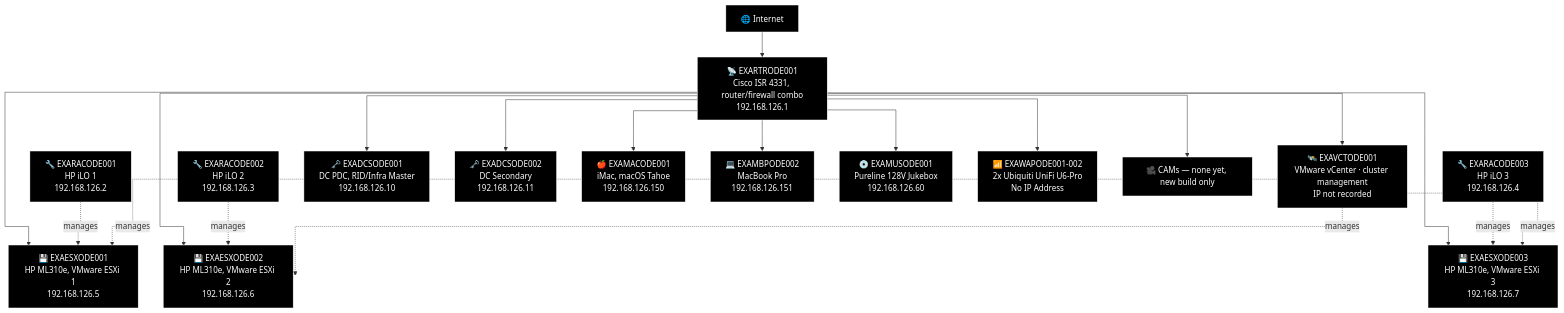
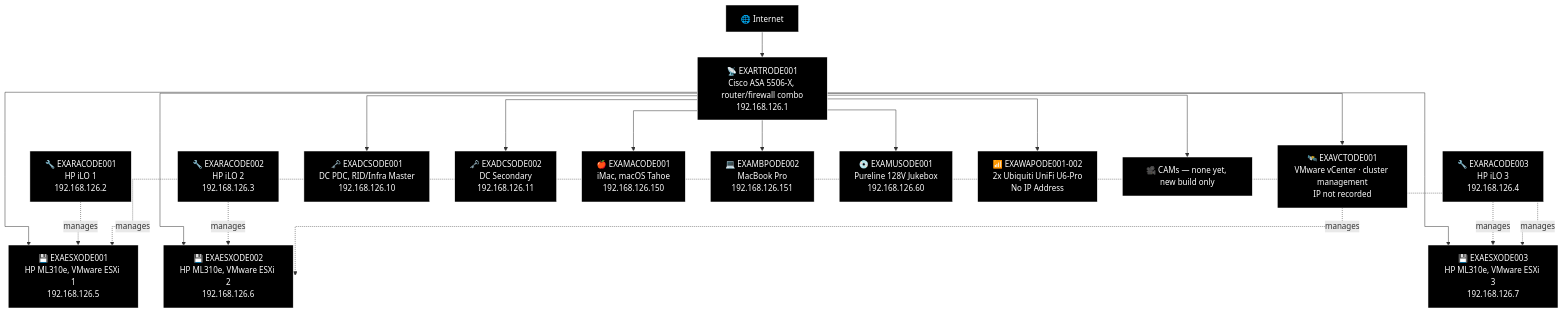
The fourth of 23 diagrams in docs/network-diagram/danmark.md (knightmare2600/example_music_infra), drawn with Mermaid before and after one commit. The commit also changed 5 other files, not shown here.

````diff
--- a/docs/network-diagram/danmark.md
+++ b/docs/network-diagram/danmark.md
@@ -169,58 +169,58 @@
 ```mermaid
 %%{init: {'flowchart': {'curve': 'stepAfter'}}}%%
 graph TD
     O_INET["🌐 Internet"]
-    O_RTR["📡 EXARTRODE001<br/>Cisco ISR 4331, router/firewall combo<br/>192.168.126.1"]
+    O_RTR["📡 EXARTRODE001<br/>Cisco ASA 5506-X, router/firewall combo<br/>192.168.126.1"]
     O_INET --> O_RTR
 
     O_ILO1["🔧 EXARACODE001<br/>HP iLO 1<br/>192.168.126.2"]
     O_ILO2["🔧 EXARACODE002<br/>HP iLO 2<br/>192.168.126.3"]
     O_ILO3["🔧 EXARACODE003<br/>HP iLO 3<br/>192.168.126.4"]
     O_ESX1["💾 EXAESXODE001<br/>HP ML310e, VMware ESXi 1<br/>192.168.126.5"]
     O_ESX2["💾 EXAESXODE002<br/>HP ML310e, VMware ESXi 2<br/>192.168.126.6"]
     O_ESX3["💾 EXAESXODE003<br/>HP ML310e, VMware ESXi 3<br/>192.168.126.7"]
     O_VCT["🛰️ EXAVCTODE001<br/>VMware vCenter · cluster management<br/>IP not recorded"]
     O_RTR --> O_ESX1
     O_RTR --> O_ESX2
     O_RTR --> O_ESX3
     O_RTR --> O_VCT
     O_ILO1 -.->|"manages"| O_ESX1
     O_ILO2 -.->|"manages"| O_ESX2
     O_ILO3 -.->|"manages"| O_ESX3
     O_VCT -.->|"manages"| O_ESX1
     O_VCT -.->|"manages"| O_ESX2
     O_VCT -.->|"manages"| O_ESX3
 
     O_DC1["🗝️ EXADCSODE001<br/>DC PDC, RID/Infra Master<br/>192.168.126.10"]
     O_DC2["🗝️ EXADCSODE002<br/>DC Secondary<br/>192.168.126.11"]
     O_RTR --> O_DC1
     O_RTR --> O_DC2
 
     O_MAC["🍎 EXAMACODE001<br/>iMac, macOS Tahoe<br/>192.168.126.150"]
     O_MBP["💻 EXAMBPODE002<br/>MacBook Pro<br/>192.168.126.151"]
     O_JKB["💿 EXAMUSODE001<br/>Pureline 128V Jukebox<br/>192.168.126.60"]
     O_WAP["📶 EXAWAPODE001-002<br/>2x Ubiquiti UniFi U6-Pro<br/>No IP Address"]
     O_CAM["🎥 CAMs — none yet, new build only"]
     O_RTR --> O_MAC
     O_RTR --> O_MBP
     O_RTR --> O_JKB
     O_RTR --> O_WAP
     O_RTR --> O_CAM
 
     style O_INET fill:#000000,stroke:#FFFFFF,color:#FFFFFF
     style O_RTR fill:#000000,stroke:#FFFFFF,color:#FFFFFF
     style O_ILO1 fill:#000000,stroke:#FFFFFF,color:#FFFFFF
     style O_ILO2 fill:#000000,stroke:#FFFFFF,color:#FFFFFF
     style O_ILO3 fill:#000000,stroke:#FFFFFF,color:#FFFFFF
     style O_ESX1 fill:#000000,stroke:#FFFFFF,color:#FFFFFF
     style O_ESX2 fill:#000000,stroke:#FFFFFF,color:#FFFFFF
     style O_ESX3 fill:#000000,stroke:#FFFFFF,color:#FFFFFF
     style O_VCT fill:#000000,stroke:#FFFFFF,color:#FFFFFF
     style O_DC1 fill:#000000,stroke:#FFFFFF,color:#FFFFFF
     style O_DC2 fill:#000000,stroke:#FFFFFF,color:#FFFFFF
     style O_MAC fill:#000000,stroke:#FFFFFF,color:#FFFFFF
     style O_MBP fill:#000000,stroke:#FFFFFF,color:#FFFFFF
     style O_JKB fill:#000000,stroke:#FFFFFF,color:#FFFFFF
     style O_WAP fill:#000000,stroke:#FFFFFF,color:#FFFFFF
     style O_CAM fill:#000000,stroke:#FFFFFF,color:#FFFFFF
 ```
````
